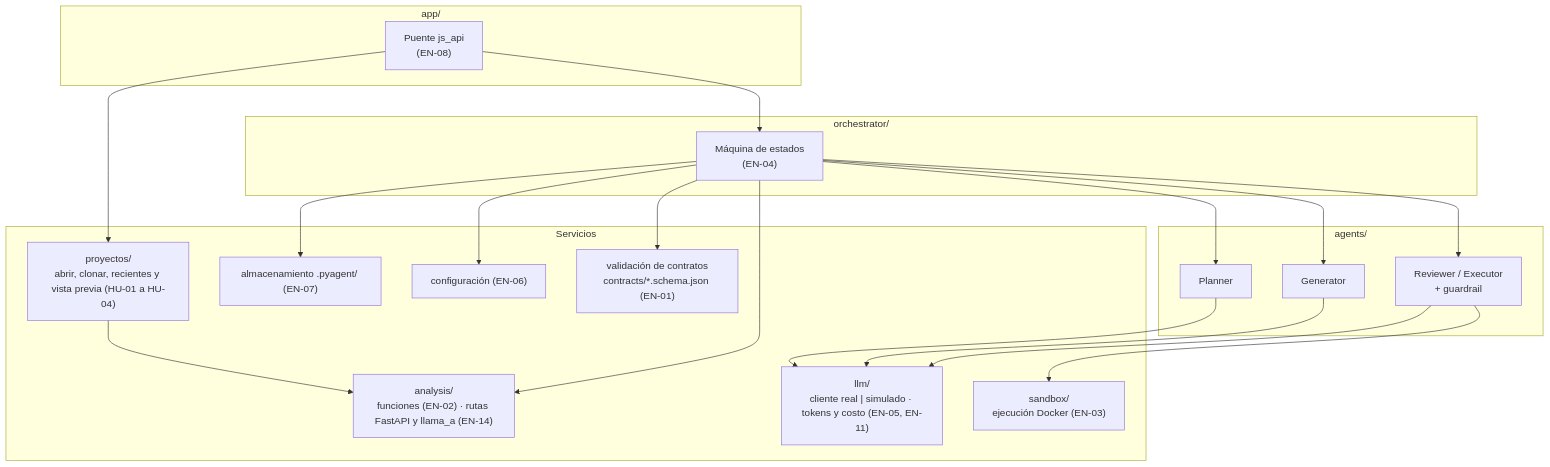
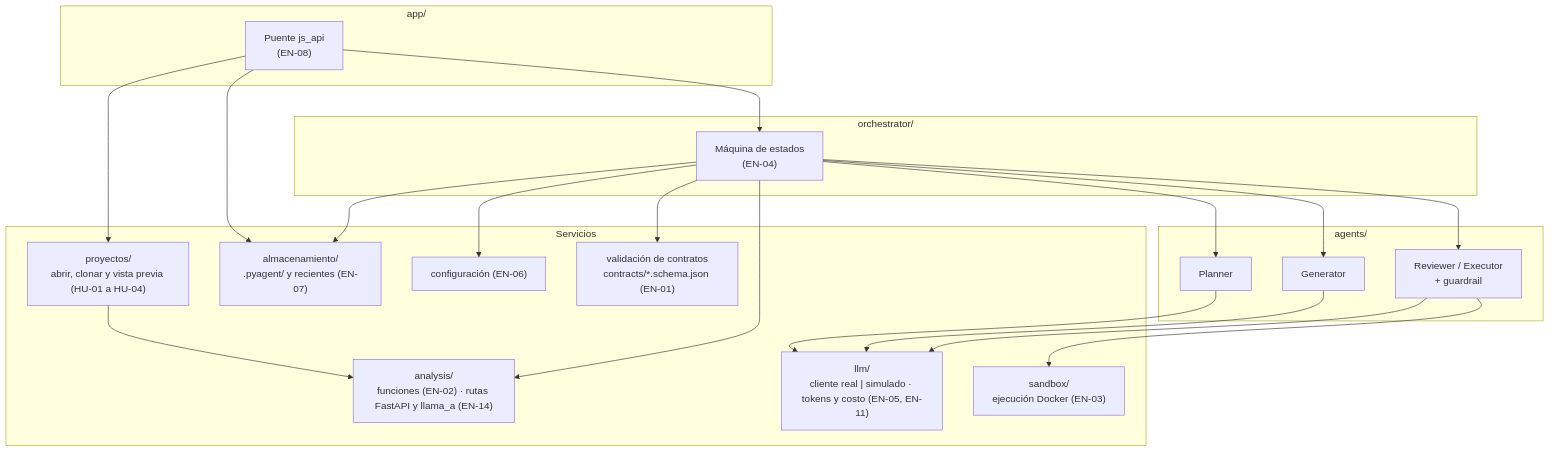
The third of 9 diagrams in docs/arquitectura.md (AngelOncoy/QAgent), drawn with Mermaid before and after one commit. The commit also changed other lines of this file and 8 other files, not shown here.

First line of the commit message:
refactor(EN-07): mover recientes.json al módulo de almacenamiento

````diff
--- a/docs/arquitectura.md
+++ b/docs/arquitectura.md
@@ -123,31 +123,31 @@
 ```mermaid
 flowchart TB
     subgraph APPL["app/"]
         BRIDGE["Puente js_api<br/>(EN-08)"]
     end
     subgraph ORCH["orchestrator/"]
         ORQ["Máquina de estados<br/>(EN-04)"]
     end
     subgraph AGENTS["agents/"]
         PL["Planner"]
         GE["Generator"]
         RE["Reviewer / Executor<br/>+ guardrail"]
     end
     subgraph SERV["Servicios"]
         AN["analysis/<br/>funciones (EN-02) · rutas FastAPI y llama_a (EN-14)"]
-        PRY["proyectos/<br/>abrir, clonar, recientes y vista previa (HU-01 a HU-04)"]
+        PRY["proyectos/<br/>abrir, clonar y vista previa (HU-01 a HU-04)"]
         LLM["llm/<br/>cliente real | simulado · tokens y costo (EN-05, EN-11)"]
         SBX["sandbox/<br/>ejecución Docker (EN-03)"]
-        STO["almacenamiento .pyagent/ (EN-07)"]
+        STO["almacenamiento/<br/>.pyagent/ y recientes (EN-07)"]
         CFG["configuración (EN-06)"]
         CON["validación de contratos<br/>contracts/*.schema.json (EN-01)"]
     end
 
     BRIDGE --> ORQ
-    BRIDGE --> PRY
+    BRIDGE --> PRY & STO
     PRY --> AN
     ORQ --> PL & GE & RE
     ORQ --> AN & STO & CFG & CON
     PL & GE & RE --> LLM
     RE --> SBX
 ```
````
